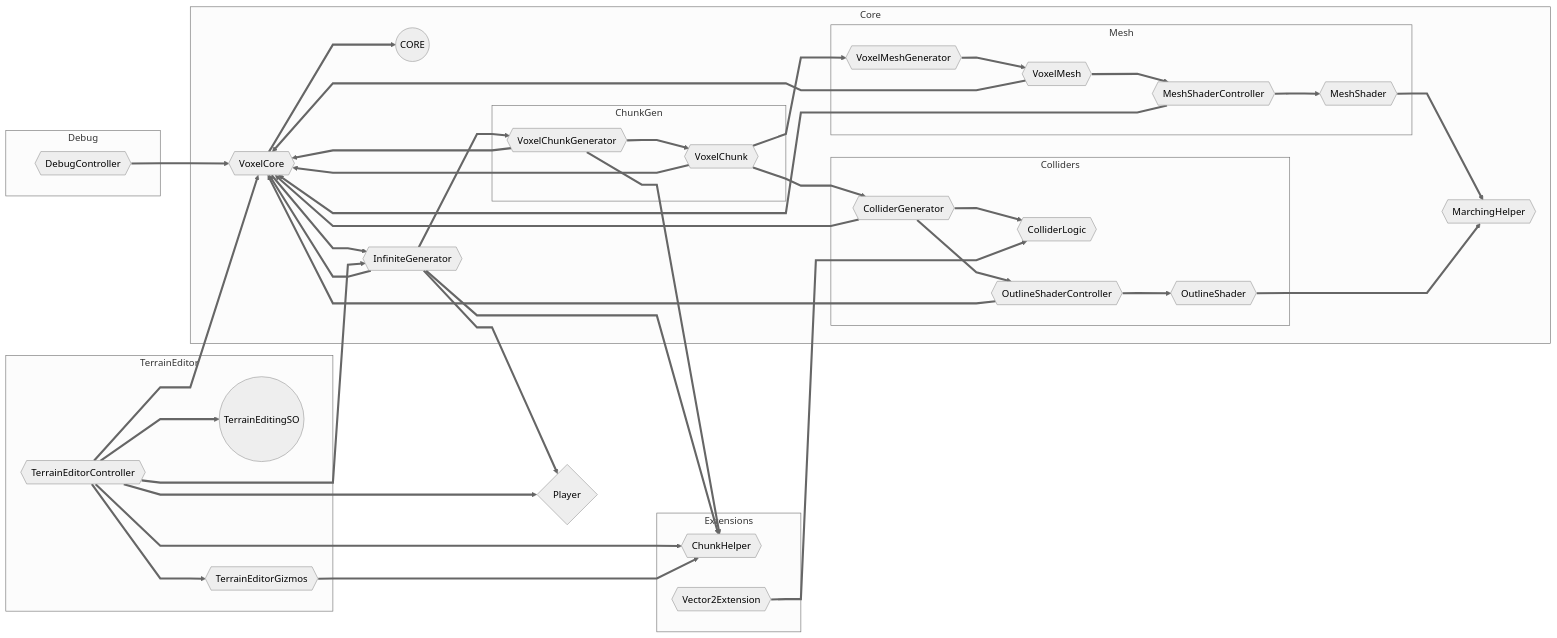
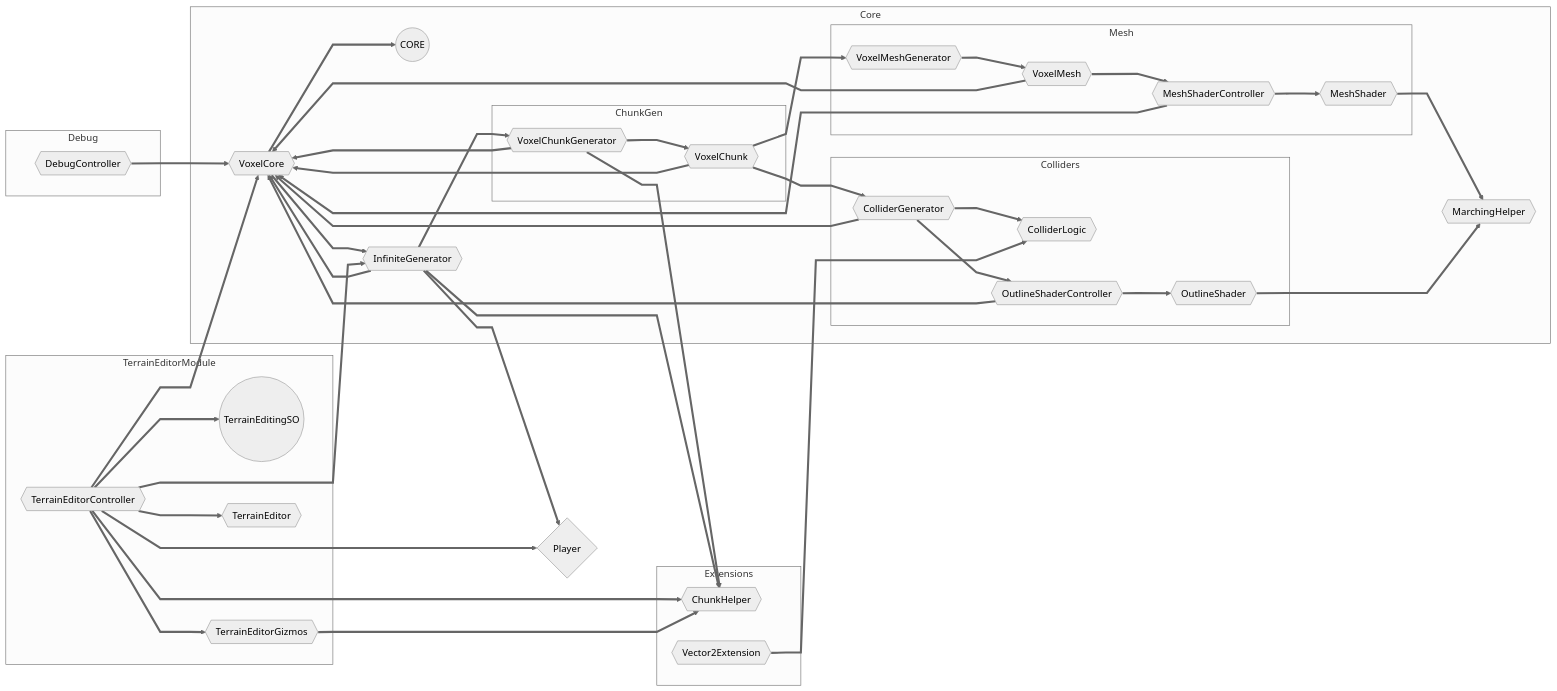
Before and after one commit to joesobo/Marching-Squares-2.0: the diagram in Assets/Graphs/CORE.md, drawn with Mermaid (neutral theme). The commit also changed 3 other files, not shown here.

````diff
--- a/Assets/Graphs/CORE.md
+++ b/Assets/Graphs/CORE.md
@@ -43,10 +43,11 @@
   end
 
   %% Terrain Editor
-  subgraph TerrainEditor
+  subgraph TerrainEditorModule
     TerrainEditingSO((TerrainEditingSO));
     TerrainEditorController{{TerrainEditorController}};
     TerrainEditorGizmos{{TerrainEditorGizmos}};
+    TerrainEditor{{TerrainEditor}};
   end
 
   Player{Player};
@@ -96,6 +97,7 @@
   TerrainEditorController ==> Player;
   TerrainEditorController ==> TerrainEditorGizmos;
   TerrainEditorController ==> ChunkHelper;
+  TerrainEditorController ==> TerrainEditor;
 
   TerrainEditorGizmos ==> ChunkHelper;
 ```
````
